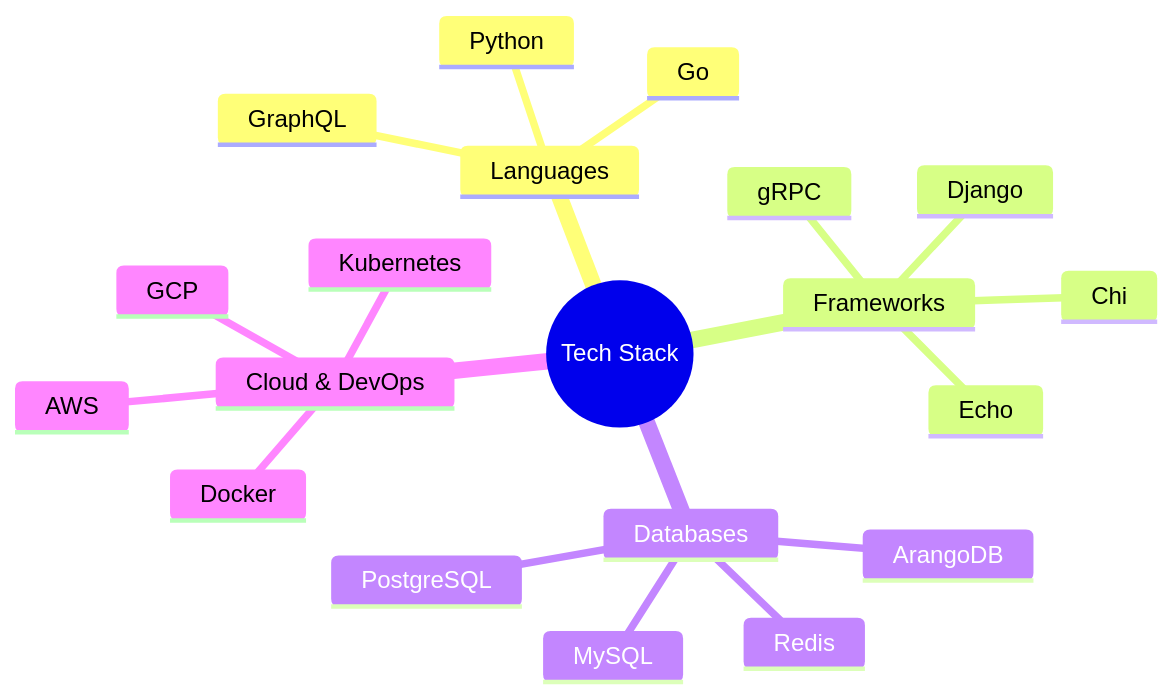
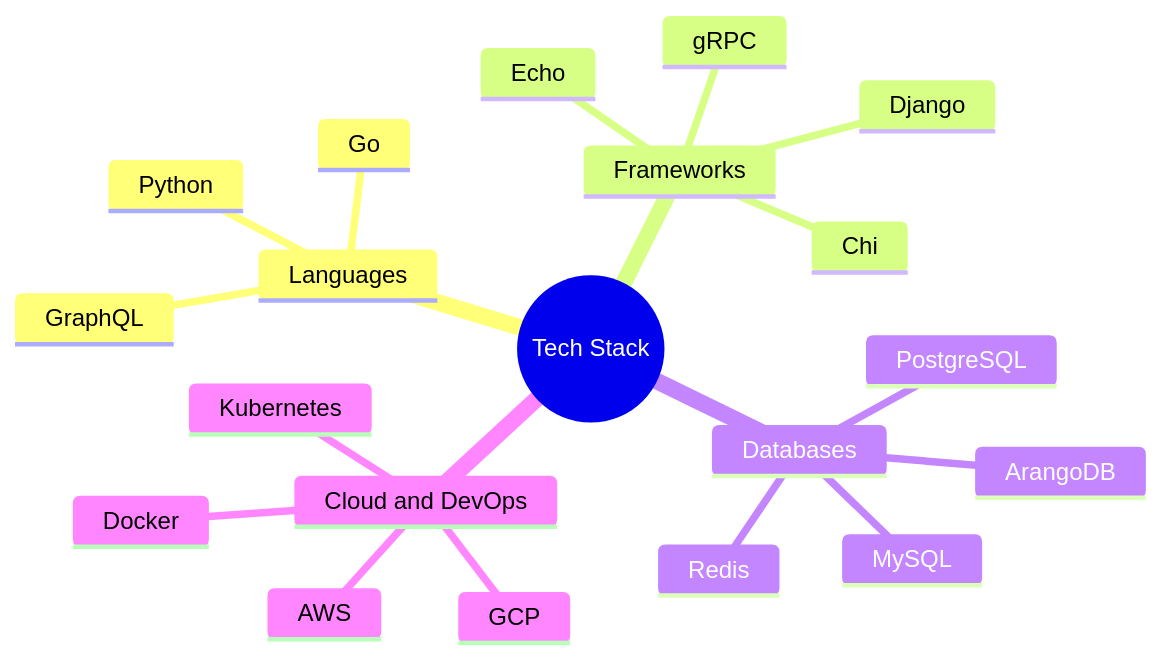
Before and after one commit to zonieedhossain/zonieedhossain: the diagram in README.md, drawn with Mermaid. The commit also changed other lines of this file, not shown here.

````diff
--- a/README.md
+++ b/README.md
@@ -15,23 +15,23 @@
 ```mermaid
 mindmap
   root((Tech Stack))
     Languages
       Go
       Python
       GraphQL
     Frameworks
       gRPC
       Chi
       Echo
       Django
     Databases
       PostgreSQL
       MySQL
       ArangoDB
       Redis
-    Cloud & DevOps
+    Cloud and DevOps
       AWS
       GCP
       Docker
       Kubernetes
 ```
````
